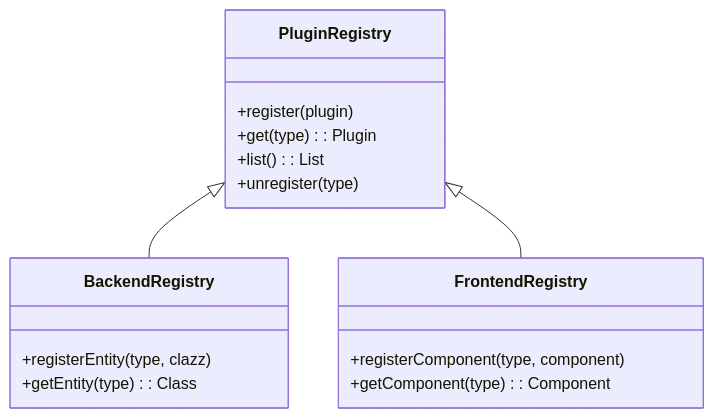
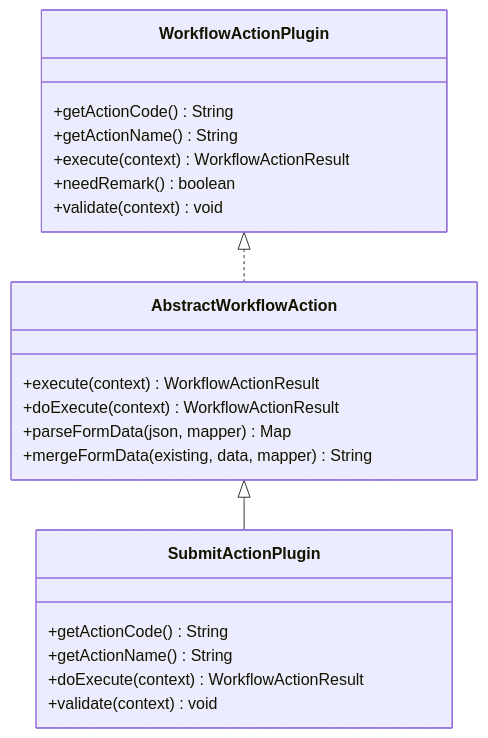
One commit to NJMrLi/genetics changed the fourth of 7 diagrams in .qoder/repowiki/zh/content/扩展开发/插件系统设计.md. Above: the diagram before and after it, drawn with Mermaid. The commit also changed other lines of this file and 19 other files, not shown here.

````diff
--- a/.qoder/repowiki/zh/content/扩展开发/插件系统设计.md
+++ b/.qoder/repowiki/zh/content/扩展开发/插件系统设计.md
@@ -226,19 +174,24 @@
 ```mermaid
 classDiagram
-class PluginRegistry {
-+register(plugin)
-+get(type) : Plugin
-+list() : List
-+unregister(type)
+class WorkflowActionPlugin {
++getActionCode() String
++getActionName() String
++execute(context) WorkflowActionResult
++needRemark() boolean
++validate(context) void
 }
-class BackendRegistry {
-+registerEntity(type, clazz)
-+getEntity(type) : Class
+class AbstractWorkflowAction {
++execute(context) WorkflowActionResult
++doExecute(context) WorkflowActionResult
++parseFormData(json, mapper) Map
++mergeFormData(existing, data, mapper) String
 }
-class FrontendRegistry {
-+registerComponent(type, component)
-+getComponent(type) : Component
+class SubmitActionPlugin {
++getActionCode() String
++getActionName() String
++doExecute(context) WorkflowActionResult
++validate(context) void
 }
-PluginRegistry <|-- BackendRegistry
-PluginRegistry <|-- FrontendRegistry
+WorkflowActionPlugin <|.. AbstractWorkflowAction
+AbstractWorkflowAction <|-- SubmitActionPlugin
 ```
````
